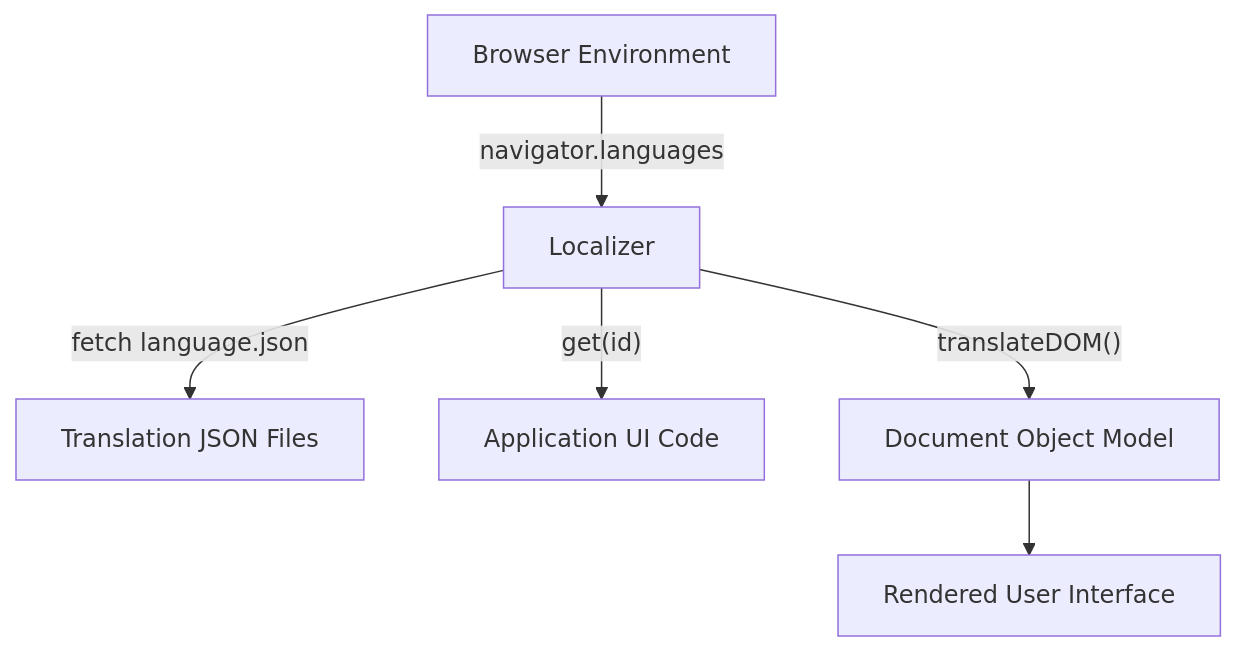
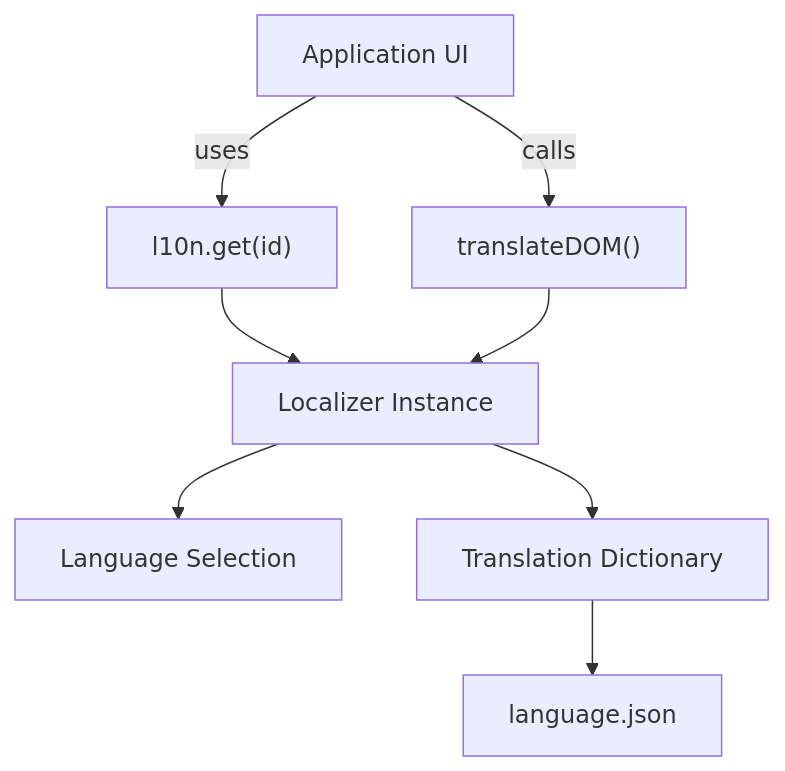
One commit to Ylianst/MeshCentral changed the first of 6 diagrams in docs/reference/architecture/localization/localization.md. Above: the diagram before and after it, drawn with Mermaid. The commit also changed other lines of this file and 642 other files, not shown here.

````diff
--- a/docs/reference/architecture/localization/localization.md
+++ b/docs/reference/architecture/localization/localization.md
@@ -38,8 +39,12 @@
 ```mermaid
 flowchart TD
-    Browser["Browser Environment"] -->|"navigator.languages"| Localizer["Localizer"]
-    Localizer -->|"fetch language.json"| TranslationFiles["Translation JSON Files"]
-    Localizer -->|"get(id)"| ApplicationCode["Application UI Code"]
-    Localizer -->|"translateDOM()"| DOMTree["Document Object Model"]
-    DOMTree --> UI["Rendered User Interface"]
+    App["Application UI"] -->|"uses"| GetFunction["l10n.get(id)"]
+    App -->|"calls"| TranslateDOM["translateDOM()"]
+
+    GetFunction --> Localizer["Localizer Instance"]
+    TranslateDOM --> Localizer
+
+    Localizer --> Language["Language Selection"]
+    Localizer --> Dictionary["Translation Dictionary"]
+    Dictionary --> JSON["language.json"]
 ```
````
